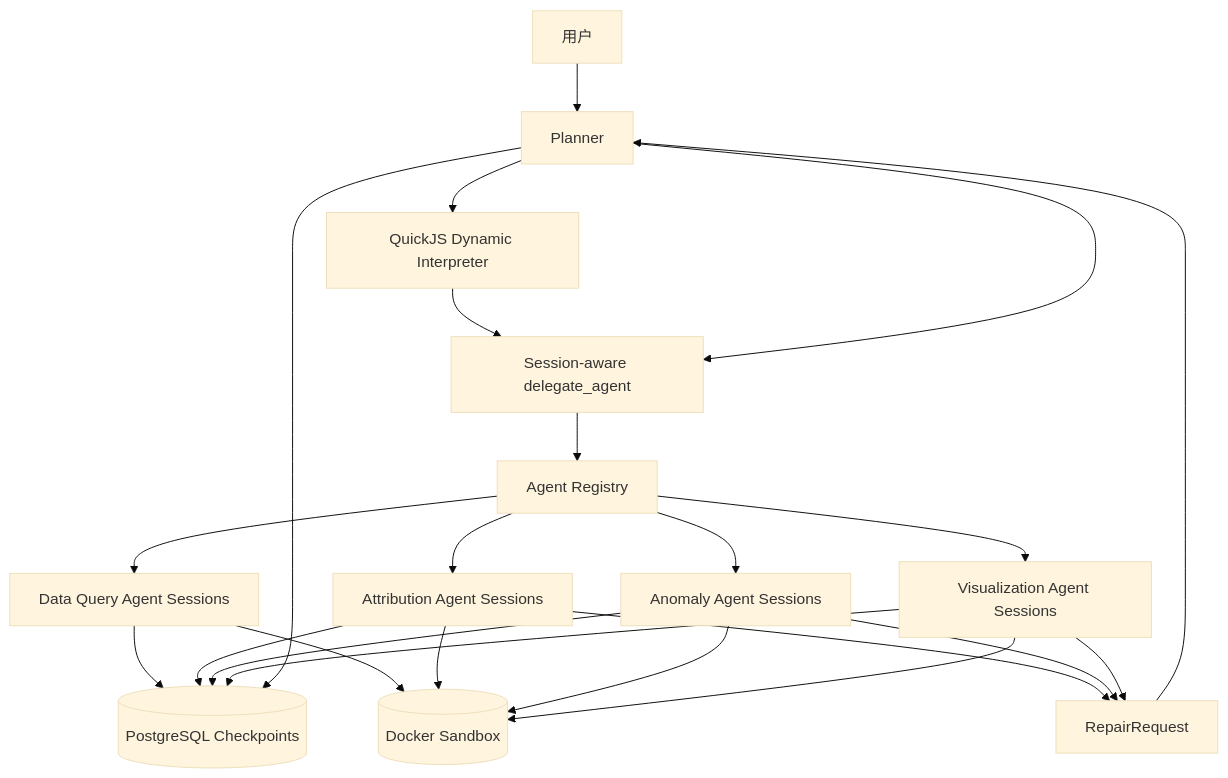
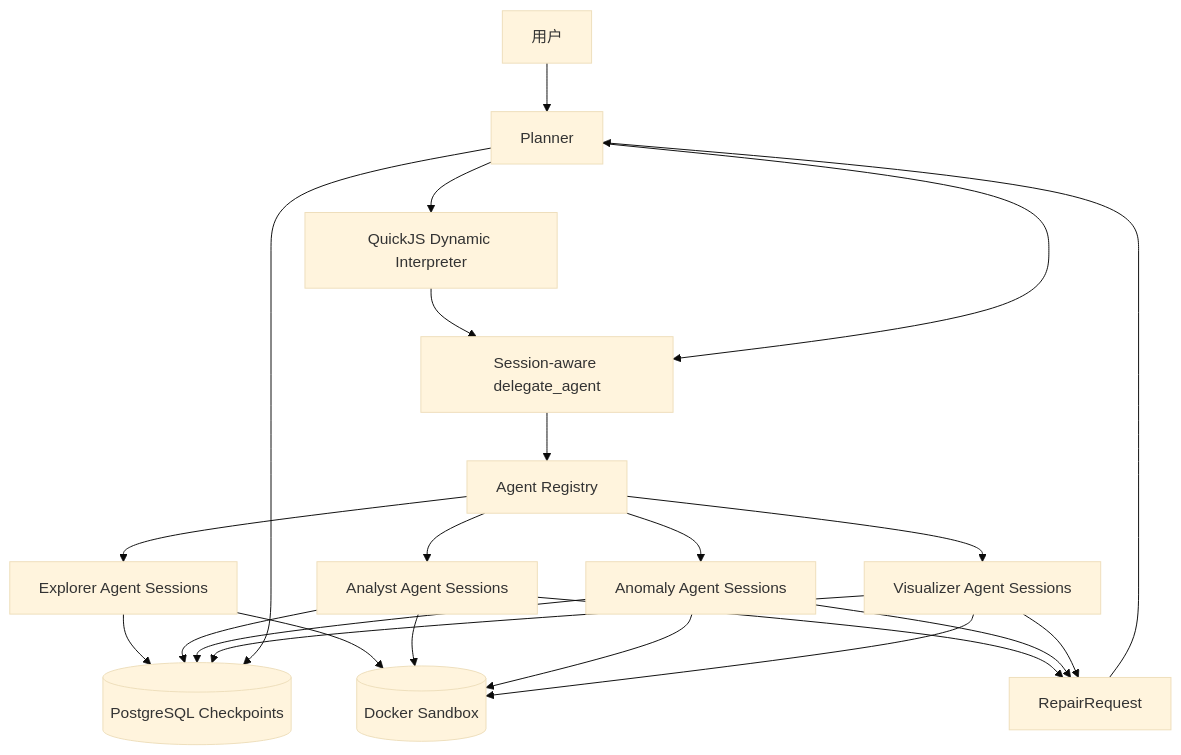
Before and after one commit to 2739673455/dataagent: the first of 2 diagrams in docs/DATA_ANALYSIS_AGENT_DESIGN.md, drawn with Mermaid (base theme). The commit also changed other lines of this file and 49 other files, not shown here.

````diff
--- a/docs/DATA_ANALYSIS_AGENT_DESIGN.md
+++ b/docs/DATA_ANALYSIS_AGENT_DESIGN.md
@@ -144,25 +144,25 @@
 ```mermaid
 flowchart TD
     U[用户] --> P[Planner]
     P --> I[QuickJS Dynamic Interpreter]
     I --> D[Session-aware delegate_agent]
     D --> R[Agent Registry]
-    R --> Q[Data Query Agent Sessions]
-    R --> A[Attribution Agent Sessions]
+    R --> Q[Explorer Agent Sessions]
+    R --> A[Analyst Agent Sessions]
     R --> N[Anomaly Agent Sessions]
-    R --> V[Visualization Agent Sessions]
+    R --> V[Visualizer Agent Sessions]
     Q --> CP[(PostgreSQL Checkpoints)]
     A --> CP
     N --> CP
     V --> CP
     P --> CP
     Q --> S[(Docker Sandbox)]
     A --> S
     N --> S
     V --> S
     A --> RR[RepairRequest]
     N --> RR
     V --> RR
     RR --> P
     P --> D
 ```
````
